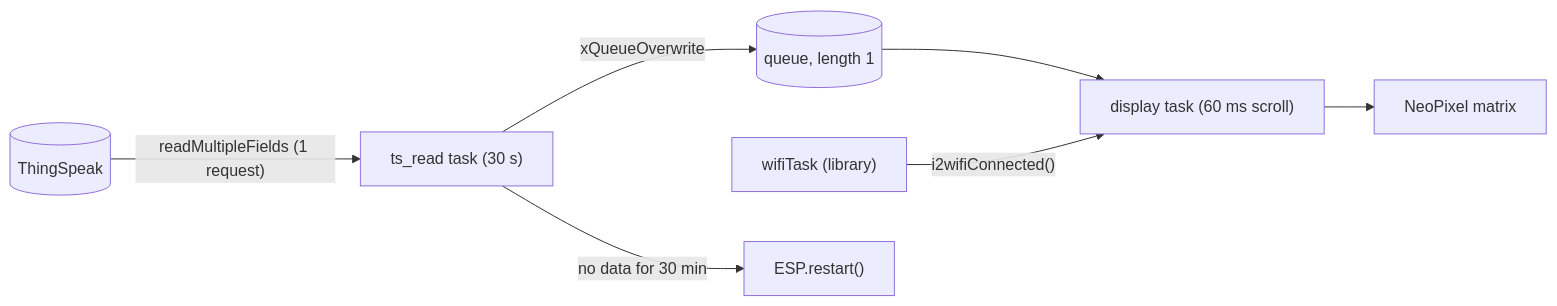
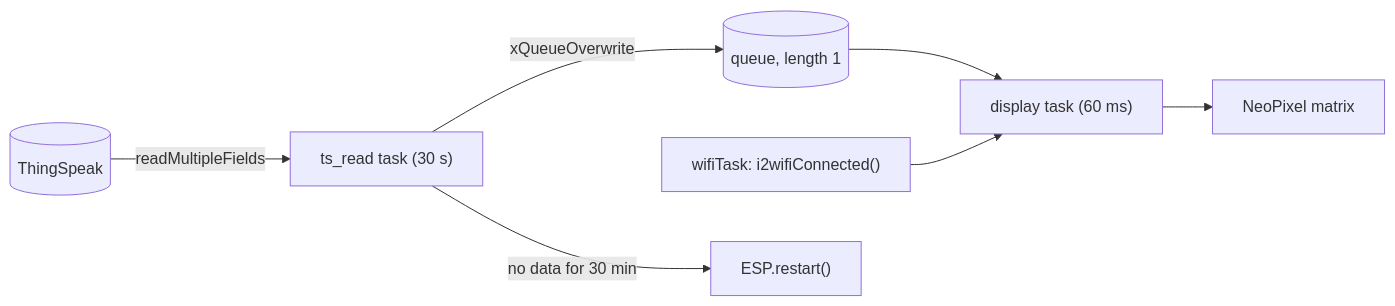
Before and after one commit to FPetkovski127/PMS_FreeRTOS: diagram 11 of 12 in CODE_EXPLAINED.md, drawn with Mermaid. The commit also changed other lines of this file and 60 other files, not shown here.

````diff
--- a/CODE_EXPLAINED.md
+++ b/CODE_EXPLAINED.md
@@ -426,9 +384,9 @@
 ```mermaid
 flowchart LR
-  TS[("ThingSpeak")] -- "readMultipleFields (1 request)" --> T["ts_read task (30 s)"]
+  TS[("ThingSpeak")] -- "readMultipleFields" --> T["ts_read task (30 s)"]
   T -- "xQueueOverwrite" --> Q[("queue, length 1")]
-  Q --> D["display task (60 ms scroll)"]
-  W["wifiTask (library)"] -- "i2wifiConnected()" --> D
+  Q --> D["display task (60 ms)"]
+  W["wifiTask: i2wifiConnected()"] --> D
   D --> M["NeoPixel matrix"]
   T -- "no data for 30 min" --> R["ESP.restart()"]
 ```
````
